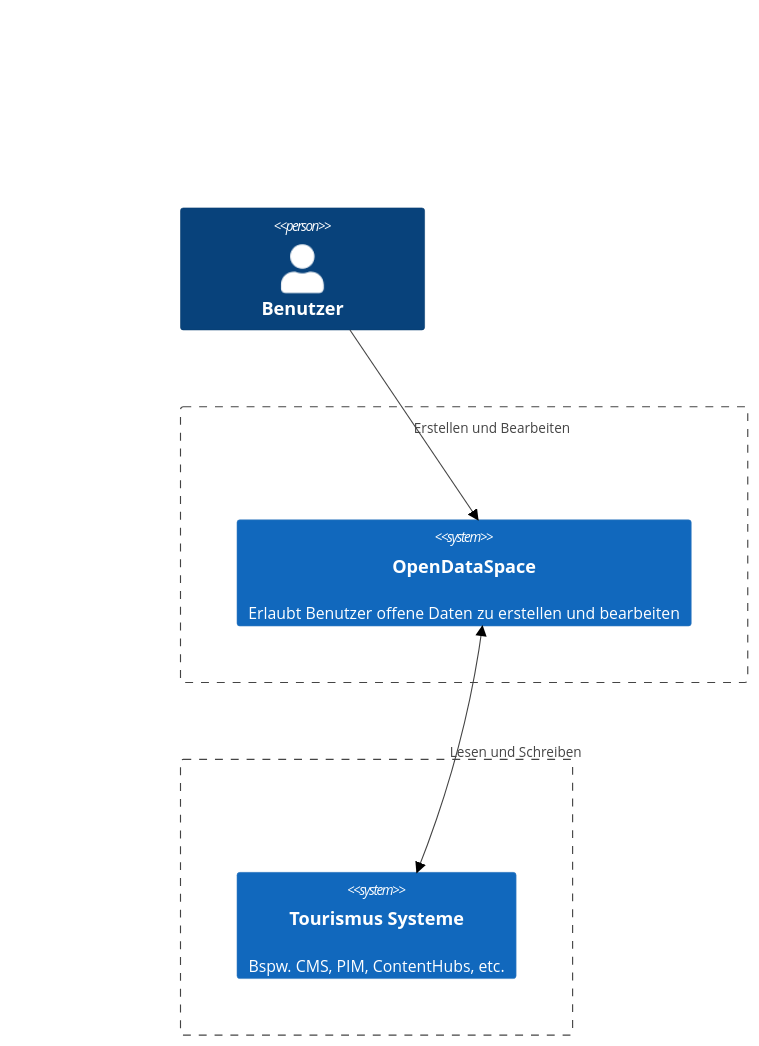
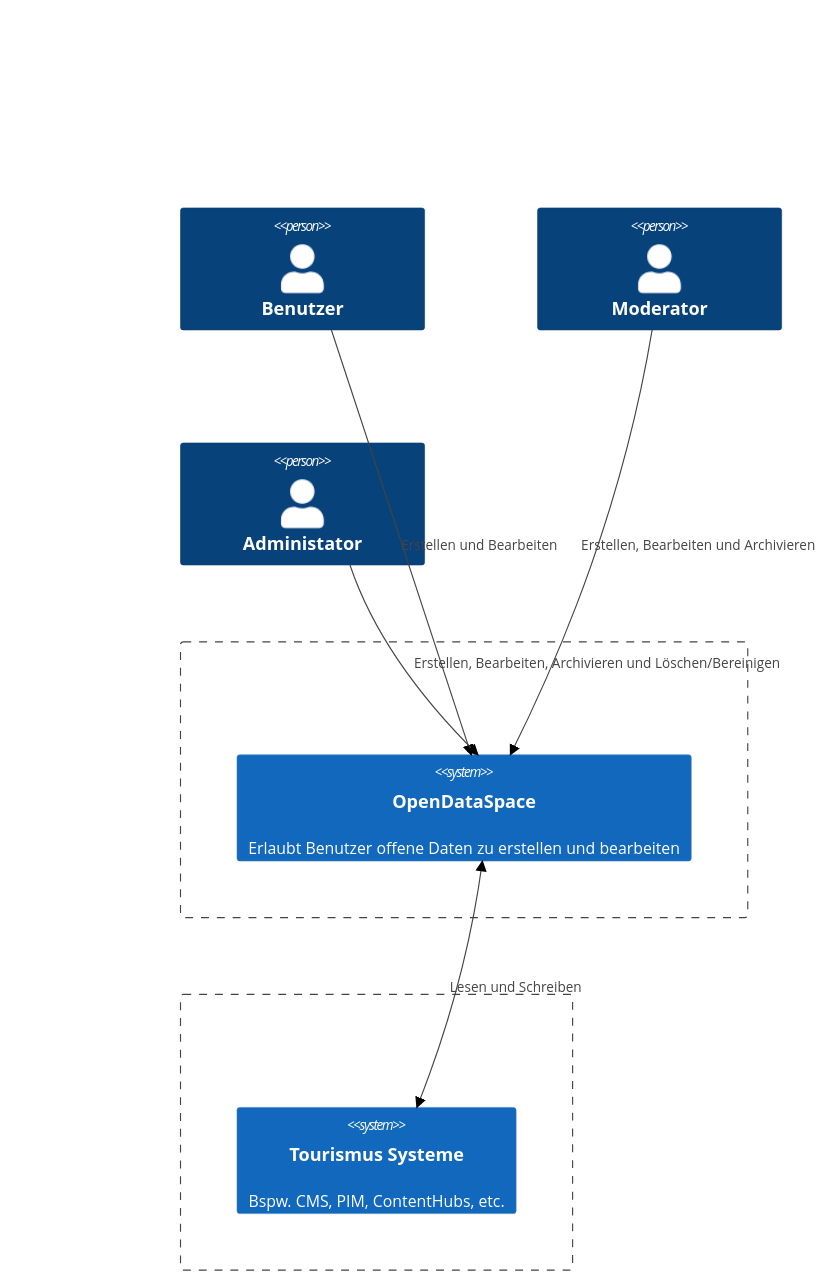
The diagram in docs/de/03_system_scope_and_context.md (OpenDataSpace-io/docs), drawn with Mermaid (neutral theme) before and after one commit.

Commit message:
fix c4model context - add moderator and admin

````diff
--- a/docs/de/03_system_scope_and_context.md
+++ b/docs/de/03_system_scope_and_context.md
@@ -8,16 +8,20 @@
 ```mermaid
 C4Context
     Person(Benutzer, "Benutzer")
+    Person(Moderator, "Moderator")
+    Person(Admin, "Administator")
     
     Boundary(b1, "", "") {
         System(OpenDataSpace, "OpenDataSpace", "Erlaubt Benutzer offene Daten zu erstellen und bearbeiten")
     }
     Boundary(b2, "", "") {
         System(TourismusSysteme, "Tourismus Systeme", "Bspw. CMS, PIM, ContentHubs, etc.")
     }
 
     Rel(Benutzer, OpenDataSpace, "Erstellen und Bearbeiten")
+    Rel(Moderator, OpenDataSpace, "Erstellen, Bearbeiten und Archivieren")
+    Rel(Admin, OpenDataSpace, "Erstellen, Bearbeiten, Archivieren und Löschen/Bereinigen")
     BiRel(OpenDataSpace, TourismusSysteme, "Lesen und Schreiben")
 
     UpdateLayoutConfig($c4ShapeInRow="3", $c4BoundaryInRow="1")
 ```
````
